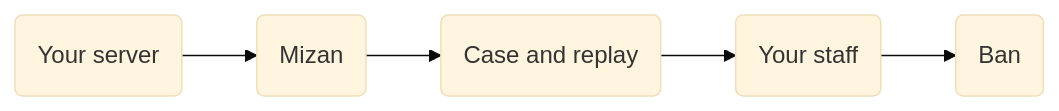
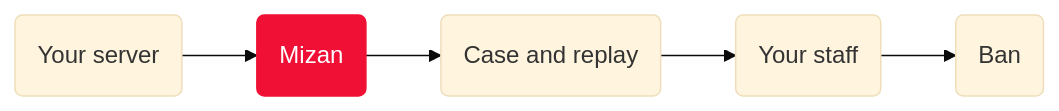
The diagram in README.md (MizanAC/gmod-anticheat), drawn with Mermaid (base theme) before and after one commit. The commit also changed other lines of this file and 4 other files, not shown here.

````diff
--- a/README.md
+++ b/README.md
@@ -35,4 +44,6 @@
 ```mermaid
 flowchart LR
     A(Your server) --> B(Mizan) --> C(Case and replay) --> D(Your staff) --> E(Ban)
+    classDef mizan fill:#F01035,stroke:#F01035,color:#FFFFFF
+    class B mizan
 ```
````
